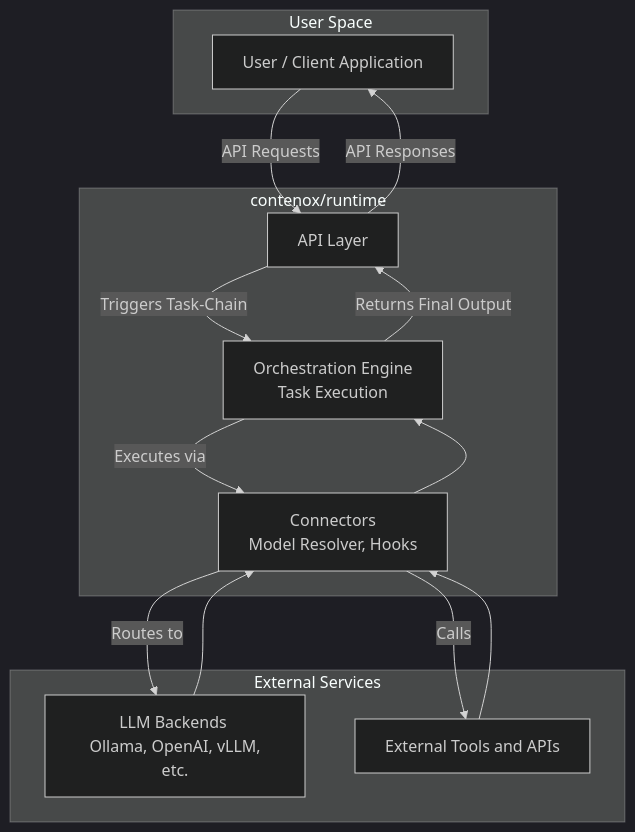
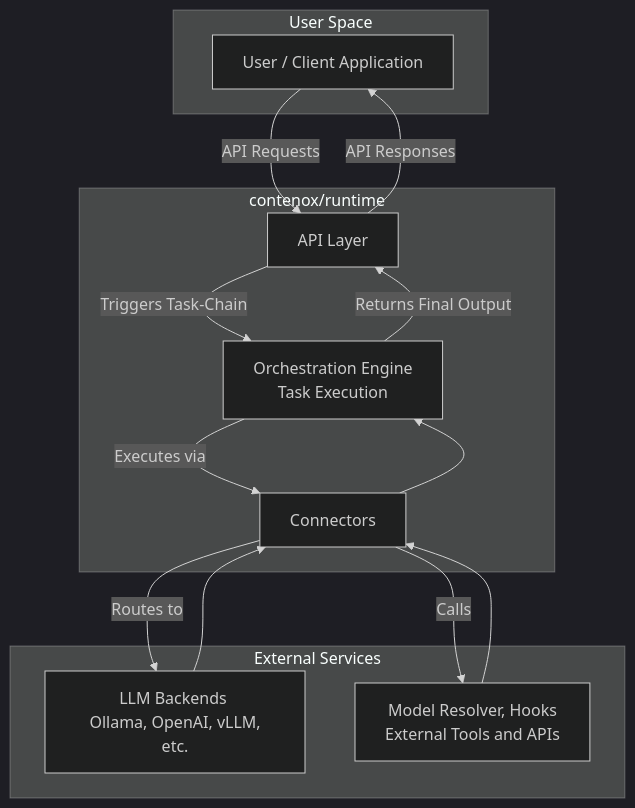
One commit to contenox/runtime changed the diagram in README.md. Above: the diagram before and after it, drawn with Mermaid (dark theme).

````diff
--- a/README.md
+++ b/README.md
@@ -118,30 +118,30 @@
 ```mermaid
 graph TD
     subgraph "User Space"
         U[User / Client Application]
     end
 
     subgraph "contenox/runtime"
         API[API Layer]
         OE["Orchestration Engine <br/> Task Execution"]
-        CONN["Connectors <br/> Model Resolver, Hooks"]
+        CONN["Connectors"]
     end
 
     subgraph "External Services"
         LLM[LLM Backends <br/> Ollama, OpenAI, vLLM, etc.]
-        HOOK[External Tools and APIs]
+        HOOK[Model Resolver, Hooks <br/> External Tools and APIs]
     end
 
     %% --- Data Flow ---
     U -- API Requests --> API
     API -- Triggers Task-Chain --> OE
     OE -- Executes via --> CONN
     CONN -- Routes to --> LLM
     CONN -- Calls --> HOOK
 
     LLM --> CONN
     HOOK --> CONN
     CONN --> OE
     OE -- Returns Final Output --> API
     API -- API Responses --> U
 ```
````
